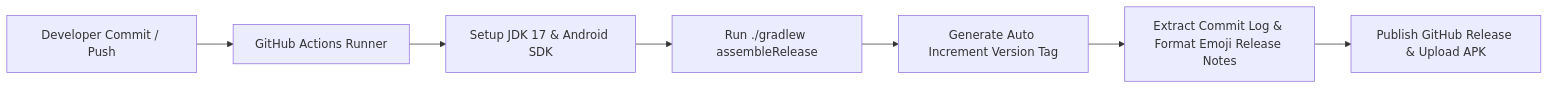
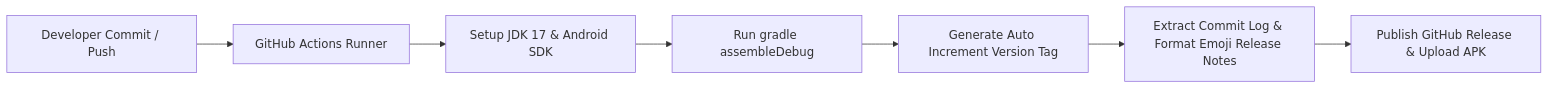
The diagram in README.md (imsovikde/Khatatrack), drawn with Mermaid before and after one commit. The commit also changed other lines of this file and 2 other files, not shown here.

Commit message:
fix: update workflow setup to use gradle action and make README status badges vibrant green

````diff
--- a/README.md
+++ b/README.md
@@ -107,9 +107,9 @@
 ```mermaid
 flowchart LR
     A[ Developer Commit / Push ] --> B[ GitHub Actions Runner ]
     B --> C[ Setup JDK 17 & Android SDK ]
-    C --> D[ Run ./gradlew assembleRelease ]
+    C --> D[ Run gradle assembleDebug ]
     D --> E[ Generate Auto Increment Version Tag ]
     E --> F[ Extract Commit Log & Format Emoji Release Notes ]
     F --> G[ Publish GitHub Release & Upload APK ]
 ```
````
